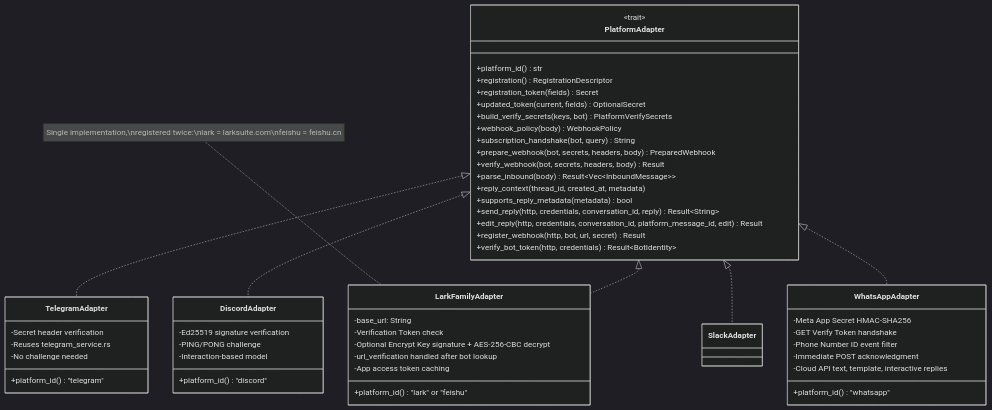
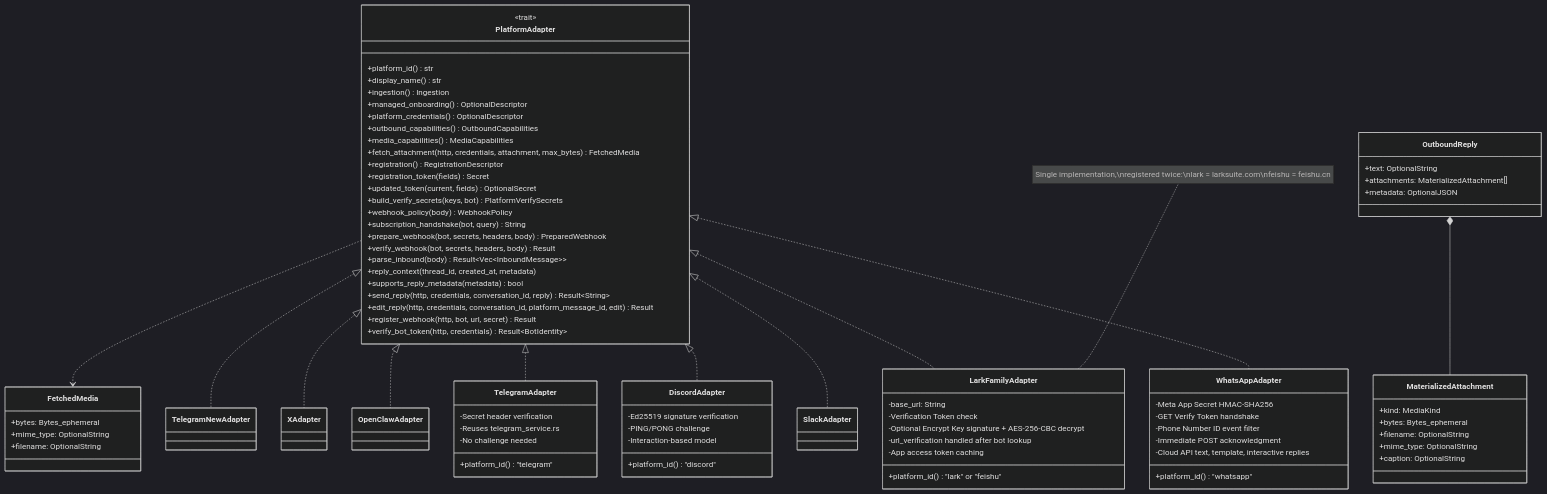
One commit to ChronoAIProject/NyxID changed the ninth of 17 diagrams in docs/CHANNEL_BOT_RELAY.md. Above: the diagram before and after it, drawn with Mermaid (dark theme). The commit also changed other lines of this file and 68 other files, not shown here.

Commit message:
feat(channels): inbound/outbound media on all channels and platform catalog endpoint

```diff
--- a/docs/CHANNEL_BOT_RELAY.md
+++ b/docs/CHANNEL_BOT_RELAY.md
@@ -504,6 +502,13 @@
     class PlatformAdapter {
         <<trait>>
         +platform_id() str
+        +display_name() str
+        +ingestion() Ingestion
+        +managed_onboarding() OptionalDescriptor
+        +platform_credentials() OptionalDescriptor
+        +outbound_capabilities() OutboundCapabilities
+        +media_capabilities() MediaCapabilities
+        +fetch_attachment(http, credentials, attachment, max_bytes) FetchedMedia
         +registration() RegistrationDescriptor
         +registration_token(fields) Secret
         +updated_token(current, fields) OptionalSecret
@@ -544,6 +549,28 @@
         -App access token caching
     }
 
+    class OutboundReply {
+        +text: OptionalString
+        +attachments: MaterializedAttachment[]
+        +metadata: OptionalJSON
+    }
+    class MaterializedAttachment {
+        +kind: MediaKind
+        +bytes: Bytes_ephemeral
+        +filename: OptionalString
+        +mime_type: OptionalString
+        +caption: OptionalString
+    }
+    class FetchedMedia {
+        +bytes: Bytes_ephemeral
+        +mime_type: OptionalString
+        +filename: OptionalString
+    }
+    OutboundReply *-- MaterializedAttachment
+    PlatformAdapter ..> FetchedMedia
+    PlatformAdapter <|.. TelegramNewAdapter
+    PlatformAdapter <|.. XAdapter
+    PlatformAdapter <|.. OpenClawAdapter
     PlatformAdapter <|.. TelegramAdapter
     PlatformAdapter <|.. DiscordAdapter
     PlatformAdapter <|.. LarkFamilyAdapter
```
